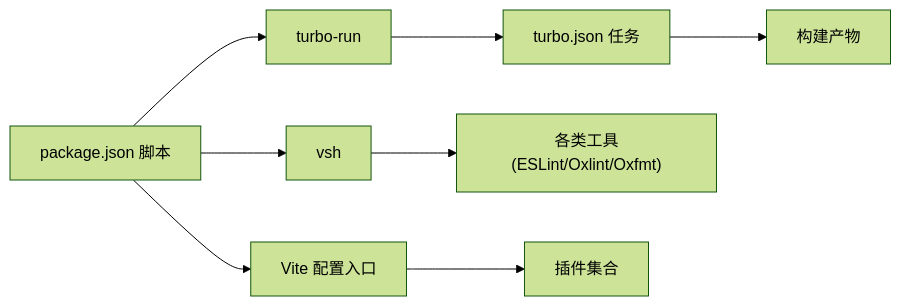
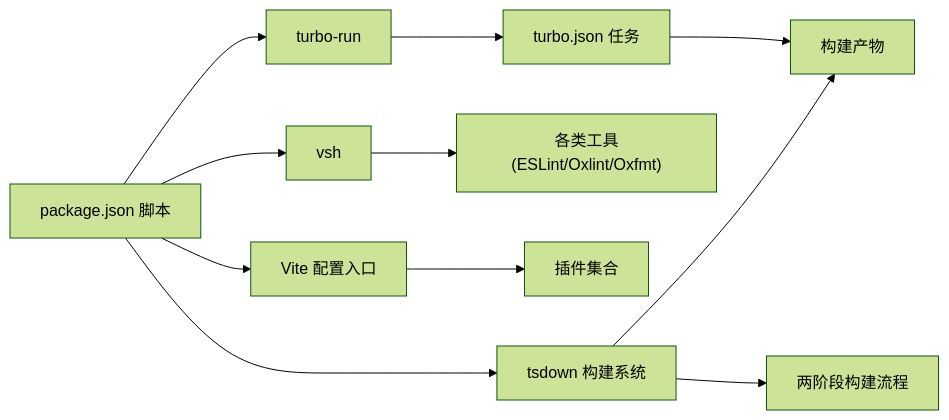
The ninth of 9 diagrams in .qoder/repowiki/zh/content/开发工具链/开发工具链.md (liuyinzhong/hive), drawn with Mermaid (forest theme) before and after one commit. The commit also changed other lines of this file and 8 other files, not shown here.

````diff
--- a/.qoder/repowiki/zh/content/开发工具链/开发工具链.md
+++ b/.qoder/repowiki/zh/content/开发工具链/开发工具链.md
@@ -343,10 +449,13 @@
 ```mermaid
 graph LR
 Pkg["package.json 脚本"] --> Run["turbo-run"]
 Pkg --> VSH["vsh"]
 Run --> Turbo["turbo.json 任务"]
 VSH --> Tools["各类工具(ESLint/Oxlint/Oxfmt)"]
 Pkg --> ViteCfg["Vite 配置入口"]
 ViteCfg --> Plugins["插件集合"]
+Pkg --> Tsdown["tsdown 构建系统"]
+Tsdown --> BuildFlow["两阶段构建流程"]
 Turbo --> Dist["构建产物"]
+Tsdown --> Dist
 ```
````
